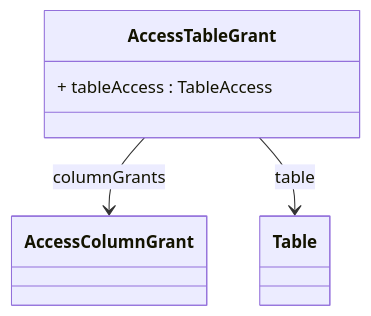
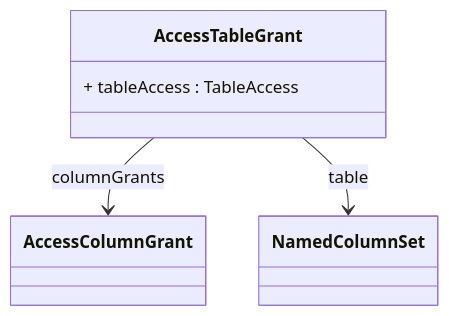
One commit to eclipse-daanse/eclipse-daanse.github.io changed the diagram in docs/cubeserver/model/class-AccessTableGrant.md. Above: the diagram before and after it, drawn with Mermaid. The commit also changed other lines of this file and 138 other files, not shown here.

````diff
--- a/docs/cubeserver/model/class-AccessTableGrant.md
+++ b/docs/cubeserver/model/class-AccessTableGrant.md
@@ -82,11 +84,11 @@
 ```mermaid
 classDiagram
   class AccessTableGrant {
     + tableAccess : TableAccess
   }
 
 
   AccessTableGrant --> AccessColumnGrant : columnGrants
-  AccessTableGrant --> Table : table
+  AccessTableGrant --> NamedColumnSet : table
 
 ```
````
